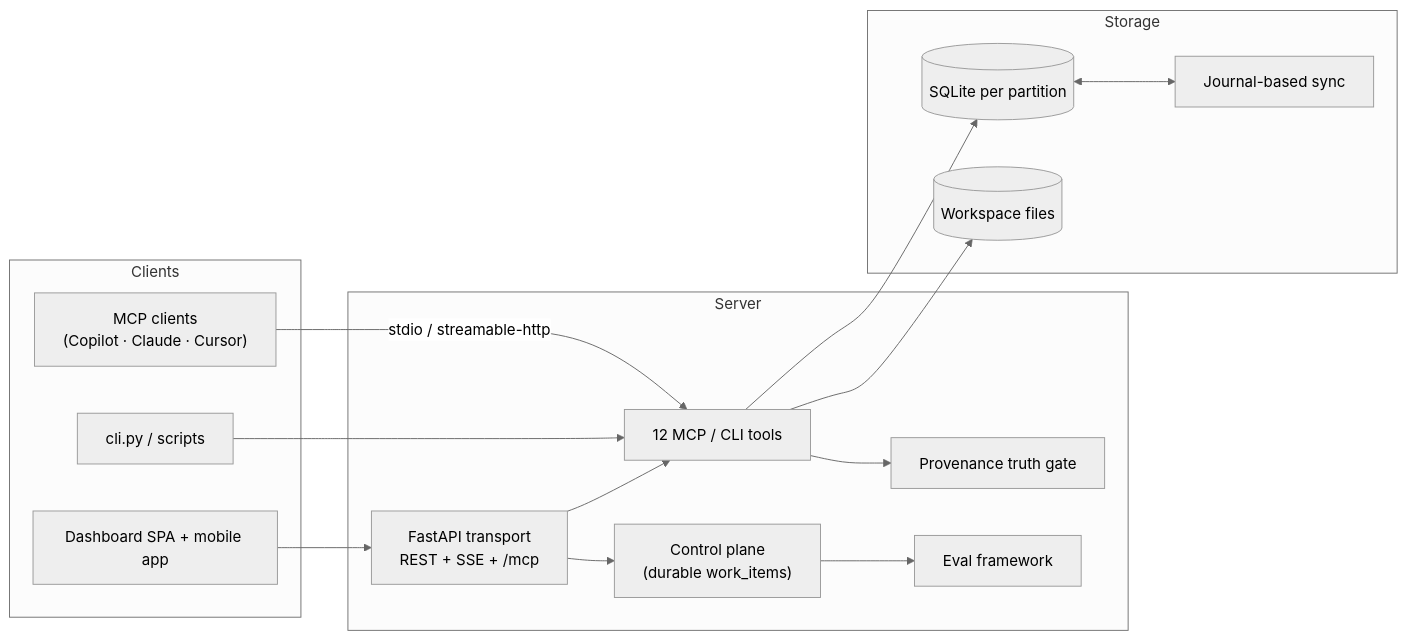
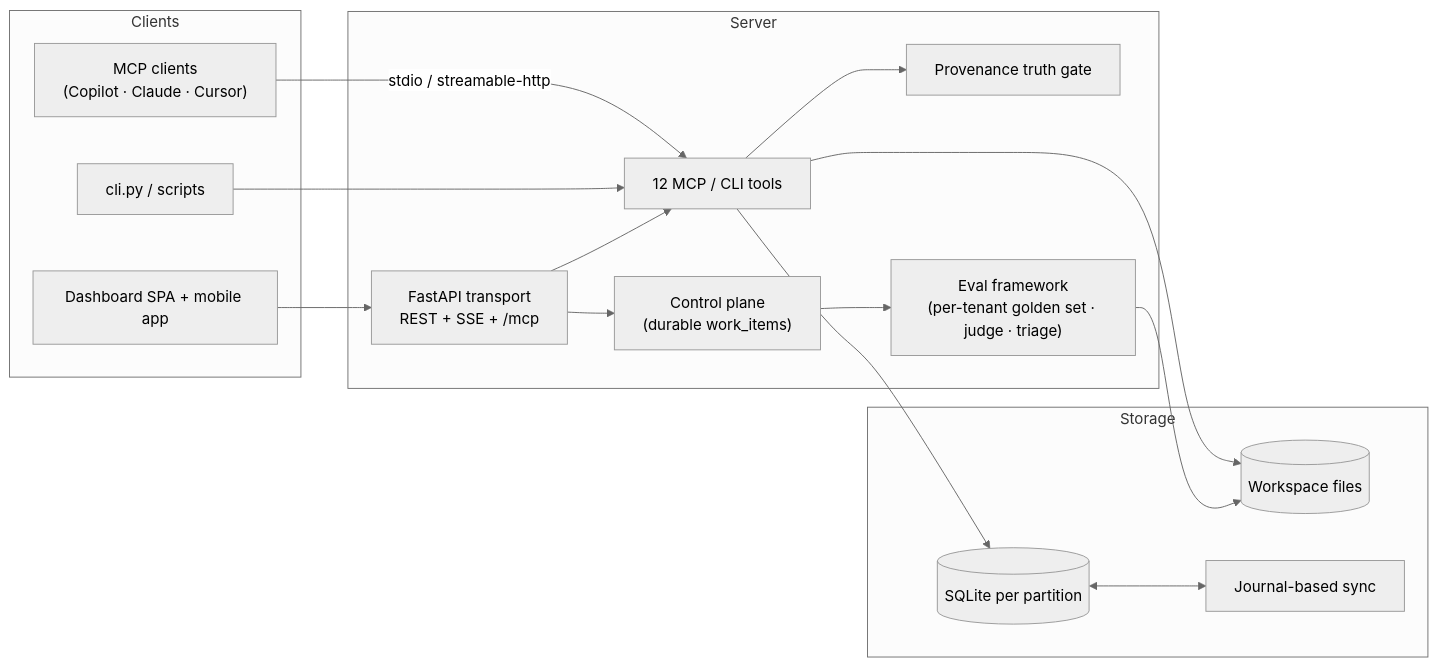
The diagram in README.md (JustLikeFrank3/jobContextMCP), drawn with Mermaid (neutral theme) before and after one commit. The commit also changed other lines of this file, not shown here.

Commit message:
docs(readme): evals in the architecture diagram and the screens list
The mermaid diagram showed evals only as an operator box fed by the
control plane; the label now names the per-tenant loop and an edge
records where its state actually lives (golden sets, judge prefs,
triage rulings, and run results are workspace files — which is also
why they ride desktop ⇄ cloud sync). The dashboard screens list gains
Evals with what's on it.

Claude-Session: https://claude.ai/code/session_01QJAD4fQzurAG6zf1hcrg8P

````diff
--- a/README.md
+++ b/README.md
@@ -180,30 +180,31 @@
 ```mermaid
 flowchart LR
     subgraph Clients
         AI["MCP clients<br/>(Copilot · Claude · Cursor)"]
         WEB["Dashboard SPA + mobile app"]
         CLI["cli.py / scripts"]
     end
     subgraph Server
         TOOLS["12 MCP / CLI tools"]
         HTTP["FastAPI transport<br/>REST + SSE + /mcp"]
         WORK["Control plane<br/>(durable work_items)"]
         GATE["Provenance truth gate"]
-        EVALS["Eval framework"]
+        EVALS["Eval framework<br/>(per-tenant golden set · judge · triage)"]
     end
     subgraph Storage
         DB[("SQLite per partition")]
         WS[("Workspace files")]
         SYNC["Journal-based sync"]
     end
     AI -->|stdio / streamable-http| TOOLS
     WEB --> HTTP
     CLI --> TOOLS
     HTTP --> TOOLS
     HTTP --> WORK
     TOOLS --> GATE
     TOOLS --> DB
     TOOLS --> WS
     DB <--> SYNC
     WORK --> EVALS
+    EVALS --> WS
 ```
````
